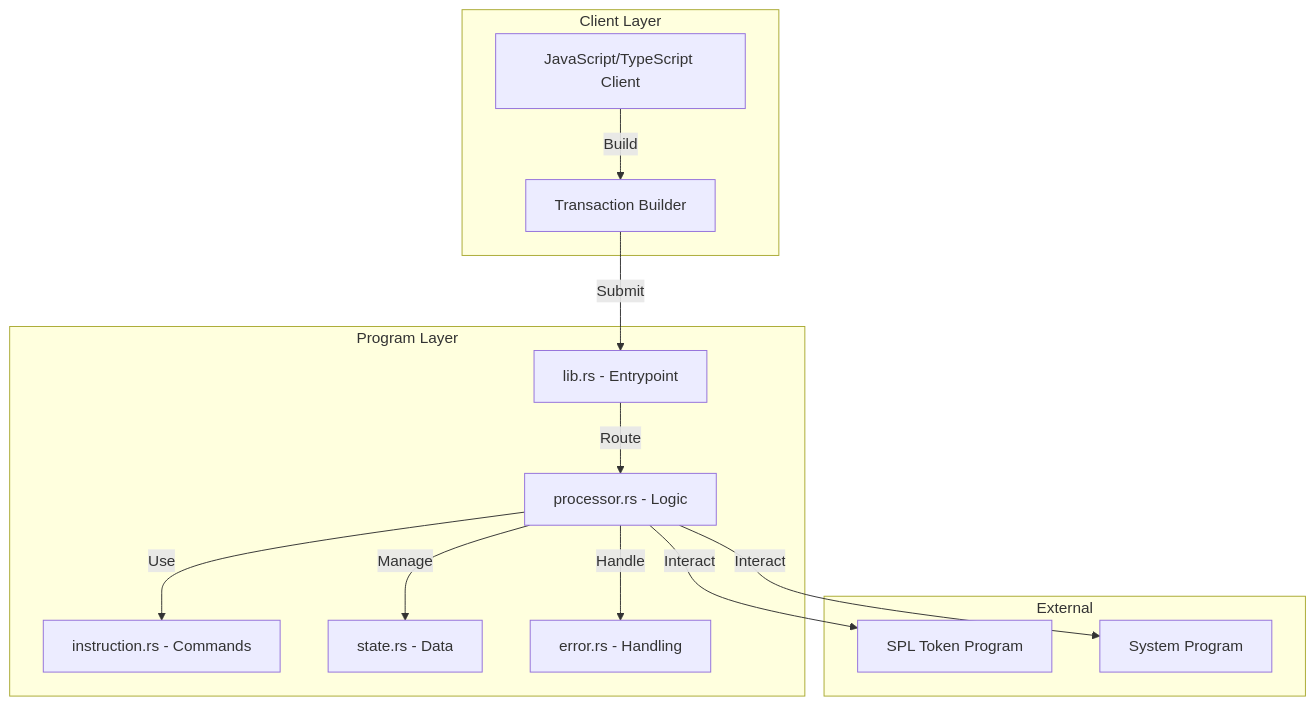
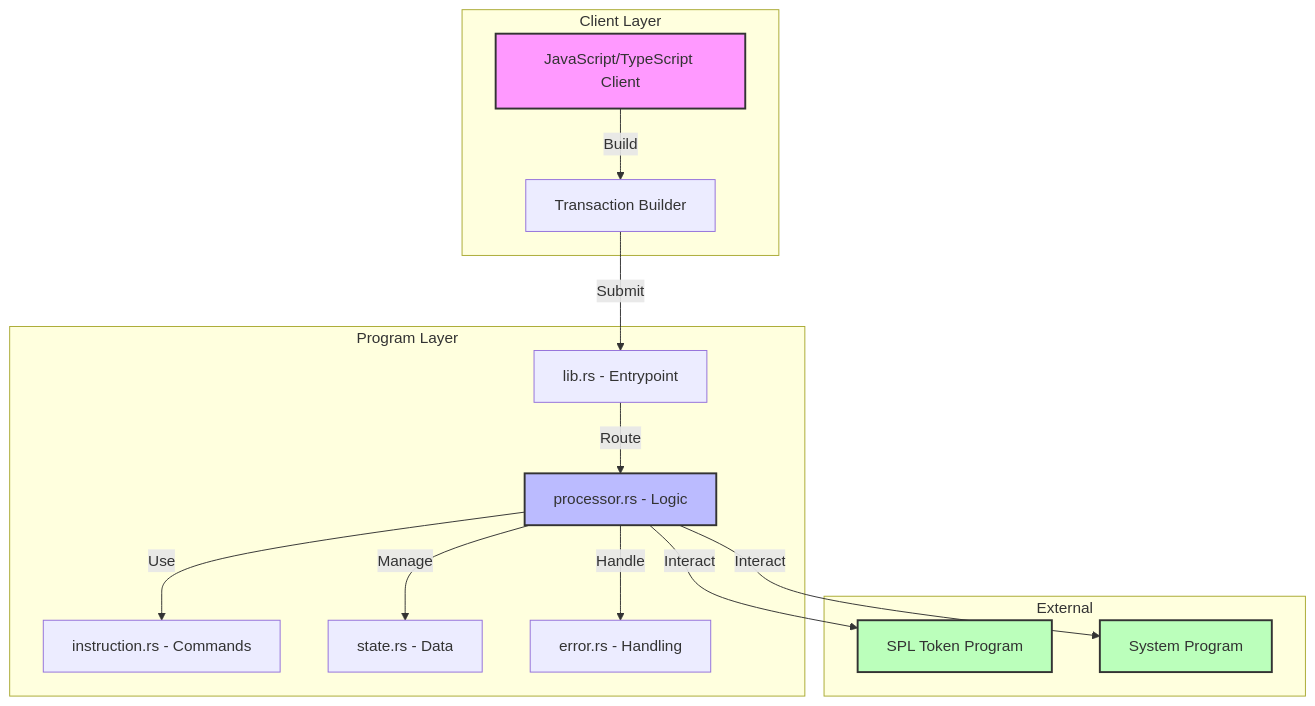
Before and after one commit to twannasleep/simple-token-exchange: the fourth of 5 diagrams in docs/code-workflow.md, drawn with Mermaid. The commit also changed other lines of this file and 4 other files, not shown here.

````diff
--- a/docs/code-workflow.md
+++ b/docs/code-workflow.md
@@ -120,29 +137,34 @@
 ```mermaid
 graph TB
     subgraph Client Layer
         A[JavaScript/TypeScript Client]
         B[Transaction Builder]
     end
 
     subgraph Program Layer
         C[lib.rs - Entrypoint]
         D[processor.rs - Logic]
         E[instruction.rs - Commands]
         F[state.rs - Data]
         G[error.rs - Handling]
     end
 
     subgraph External
         H[SPL Token Program]
         I[System Program]
     end
 
     A -->|Build| B
     B -->|Submit| C
     C -->|Route| D
     D -->|Use| E
     D -->|Manage| F
     D -->|Handle| G
     D -->|Interact| H
     D -->|Interact| I
+
+    style A fill:#f9f,stroke:#333,stroke-width:2px
+    style D fill:#bbf,stroke:#333,stroke-width:2px
+    style H fill:#bfb,stroke:#333,stroke-width:2px
+    style I fill:#bfb,stroke:#333,stroke-width:2px
 ```
````
